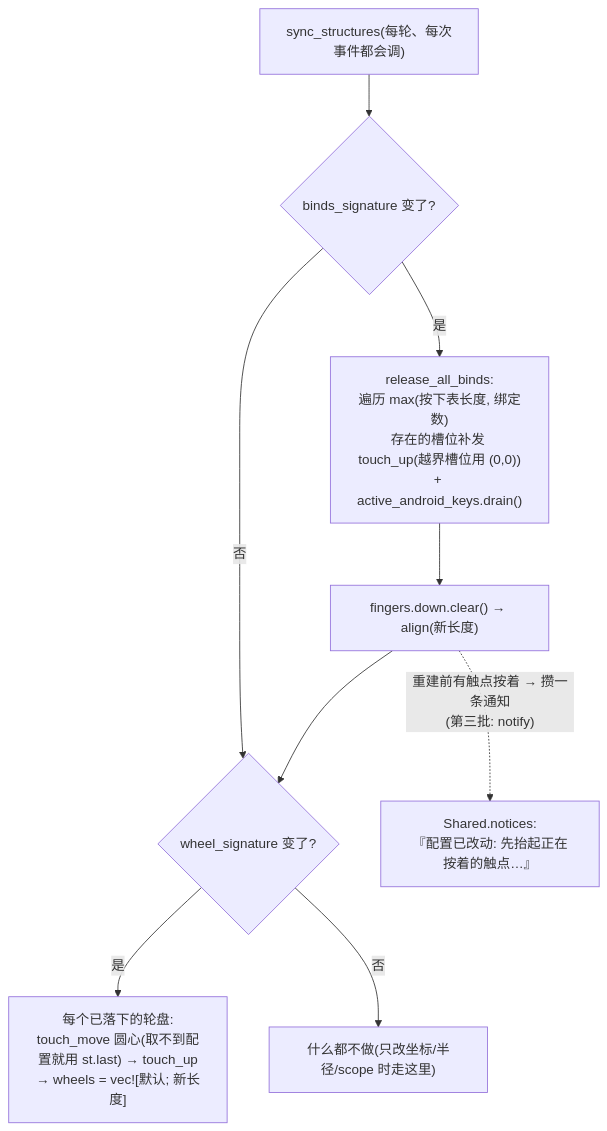
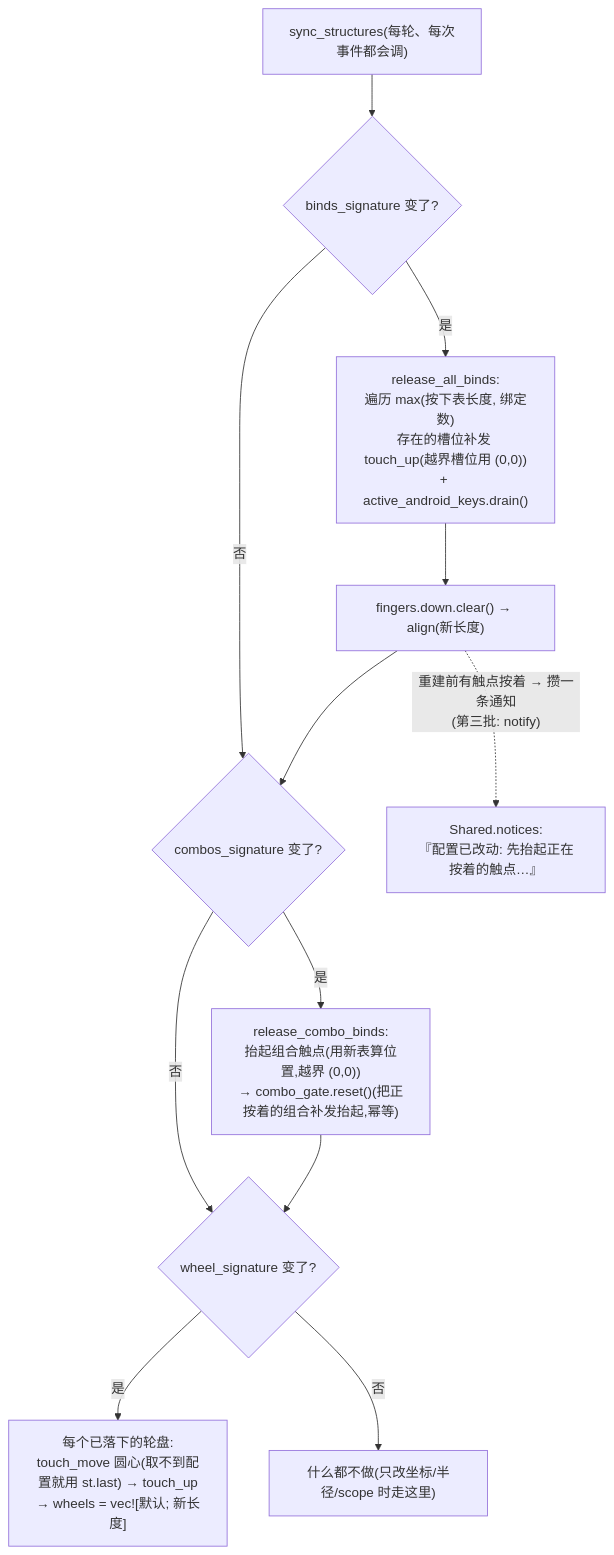
Before and after one commit to Azrl-lyh/scrcpy-pad: the fourth of 8 diagrams in 文档/文件与执行逻辑.md, drawn with Mermaid. The commit also changed other lines of this file and 235 other files, not shown here.

````diff
--- a/文档/文件与执行逻辑.md
+++ b/文档/文件与执行逻辑.md
@@ -524,11 +540,14 @@
 ```mermaid
 flowchart TD
     SYNC["sync_structures(每轮、每次事件都会调)"] --> BS{"binds_signature 变了?"}
     BS -->|"是"| RA["release_all_binds:<br/>遍历 max(按下表长度, 绑定数)<br/>存在的槽位补发 touch_up(越界槽位用 (0,0))<br/>+ active_android_keys.drain()"]
     RA --> RB["fingers.down.clear() → align(新长度)"]
-    BS -->|"否"| WS
-    RB --> WS{"wheel_signature 变了?"}
+    BS -->|"否"| CS
+    RB --> CS{"combos_signature 变了?"}
+    CS -->|"是"| CB["release_combo_binds:<br/>抬起组合触点(用新表算位置,越界 (0,0))<br/>→ combo_gate.reset()(把正按着的组合补发抬起,幂等)"]
+    CS -->|"否"| WS
+    CB --> WS{"wheel_signature 变了?"}
     WS -->|"是"| WW["每个已落下的轮盘:<br/>touch_move 圆心(取不到配置就用 st.last) → touch_up<br/>→ wheels = vec![默认; 新长度]"]
     WS -->|"否"| DONE["什么都不做(只改坐标/半径/scope 时走这里)"]
     RB -.->|"重建前有触点按着 → 攒一条通知<br/>(第三批: notify)"| NOTE["Shared.notices:<br/>『配置已改动: 先抬起正在按着的触点…』"]
 ```
````
